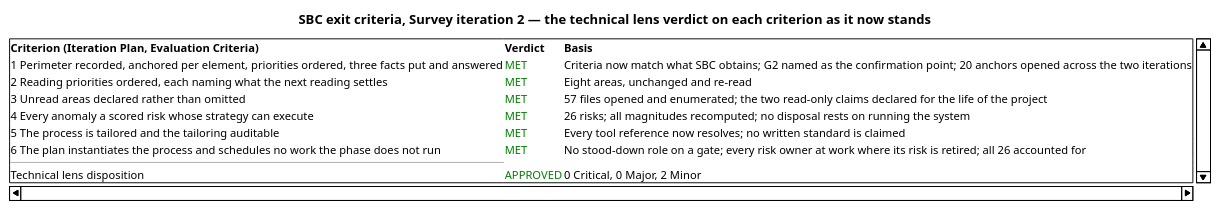
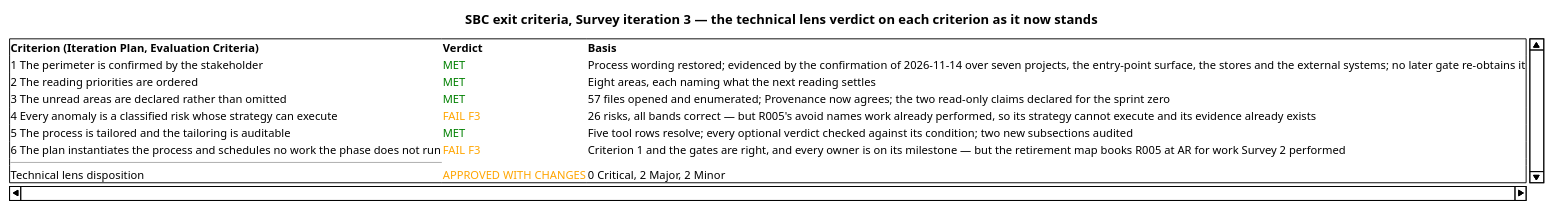
The first of 12 diagrams in docs/artifacts/project-management/review-record.md (banense-test/TodoApp), drawn with PlantUML before and after one commit. The commit also changed other lines of this file, not shown here.

First line of the commit message:
Reviewer [Survey3]: upsert Review Record

````diff
--- a/docs/artifacts/project-management/review-record.md
+++ b/docs/artifacts/project-management/review-record.md
@@ -95,18 +92,18 @@
 ```plantuml
 @startsalt
-title SBC exit criteria, Survey iteration 2 — the technical lens verdict on each criterion as it now stands
+title SBC exit criteria, Survey iteration 3 — the technical lens verdict on each criterion as it now stands
 {
 {S
 <b>Criterion (Iteration Plan, Evaluation Criteria)</b> | <b>Verdict</b> | <b>Basis</b>
-1 Perimeter recorded, anchored per element, priorities ordered, three facts put and answered | <color:green>MET</color> | Criteria now match what SBC obtains; G2 named as the confirmation point; 20 anchors opened across the two iterations
-2 Reading priorities ordered, each naming what the next reading settles | <color:green>MET</color> | Eight areas, unchanged and re-read
-3 Unread areas declared rather than omitted | <color:green>MET</color> | 57 files opened and enumerated; the two read-only claims declared for the life of the project
-4 Every anomaly a scored risk whose strategy can execute | <color:green>MET</color> | 26 risks; all magnitudes recomputed; no disposal rests on running the system
-5 The process is tailored and the tailoring auditable | <color:green>MET</color> | Every tool reference now resolves; no written standard is claimed
-6 The plan instantiates the process and schedules no work the phase does not run | <color:green>MET</color> | No stood-down role on a gate; every risk owner at work where its risk is retired; all 26 accounted for
+1 The perimeter is confirmed by the stakeholder | <color:green>MET</color> | Process wording restored; evidenced by the confirmation of 2026-11-14 over seven projects, the entry-point surface, the stores and the external systems; no later gate re-obtains it
+2 The reading priorities are ordered | <color:green>MET</color> | Eight areas, each naming what the next reading settles
+3 The unread areas are declared rather than omitted | <color:green>MET</color> | 57 files opened and enumerated; Provenance now agrees; the two read-only claims declared for the sprint zero
+4 Every anomaly is a classified risk whose strategy can execute | <color:orange>FAIL F3</color> | 26 risks, all bands correct — but R005's avoid names work already performed, so its strategy cannot execute and its evidence already exists
+5 The process is tailored and the tailoring is auditable | <color:green>MET</color> | Five tool rows resolve; every optional verdict checked against its condition; two new subsections audited
+6 The plan instantiates the process and schedules no work the phase does not run | <color:orange>FAIL F3</color> | Criterion 1 and the gates are right, and every owner is on its milestone — but the retirement map books R005 at AR for work Survey 2 performed
 --
-Technical lens disposition | <color:green>APPROVED</color> | 0 Critical, 0 Major, 2 Minor
+Technical lens disposition | <color:orange>APPROVED WITH CHANGES</color> | 0 Critical, 2 Major, 2 Minor
 }
 }
 @endsalt
 ```
````
